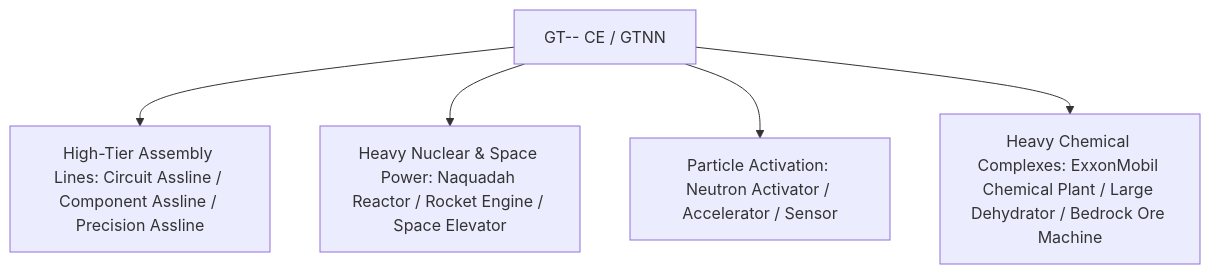
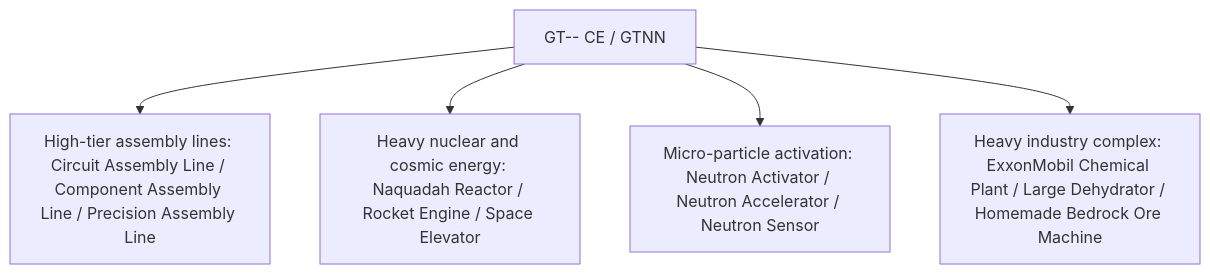
Before and after one commit to takanashisatou/GregtechEasy: the diagram in docs/en/gt-minus-minus/index.md, drawn with Mermaid. The commit also changed other lines of this file and 162 other files, not shown here.

````diff
--- a/docs/en/gt-minus-minus/index.md
+++ b/docs/en/gt-minus-minus/index.md
@@ -12,7 +12,7 @@
 ```mermaid
 graph TD
-    A[GT-- CE / GTNN] --> B[High-Tier Assembly Lines: Circuit Assline / Component Assline / Precision Assline]
-    A --> C[Heavy Nuclear & Space Power: Naquadah Reactor / Rocket Engine / Space Elevator]
-    A --> D[Particle Activation: Neutron Activator / Accelerator / Sensor]
-    A --> E[Heavy Chemical Complexes: ExxonMobil Chemical Plant / Large Dehydrator / Bedrock Ore Machine]
+    A[GT-- CE / GTNN] --> B[High-tier assembly lines: Circuit Assembly Line / Component Assembly Line / Precision Assembly Line]
+    A --> C[Heavy nuclear and cosmic energy: Naquadah Reactor / Rocket Engine / Space Elevator]
+    A --> D[Micro-particle activation: Neutron Activator / Neutron Accelerator / Neutron Sensor]
+    A --> E[Heavy industry complex: ExxonMobil Chemical Plant / Large Dehydrator / Homemade Bedrock Ore Machine]
 ```
````
